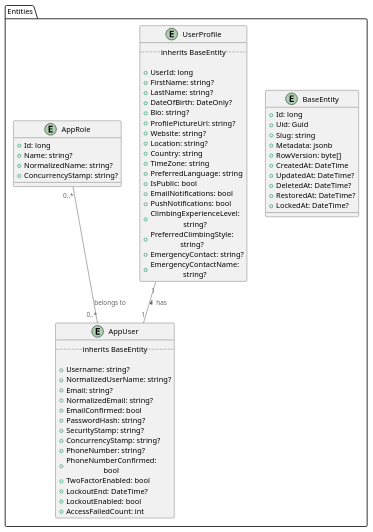
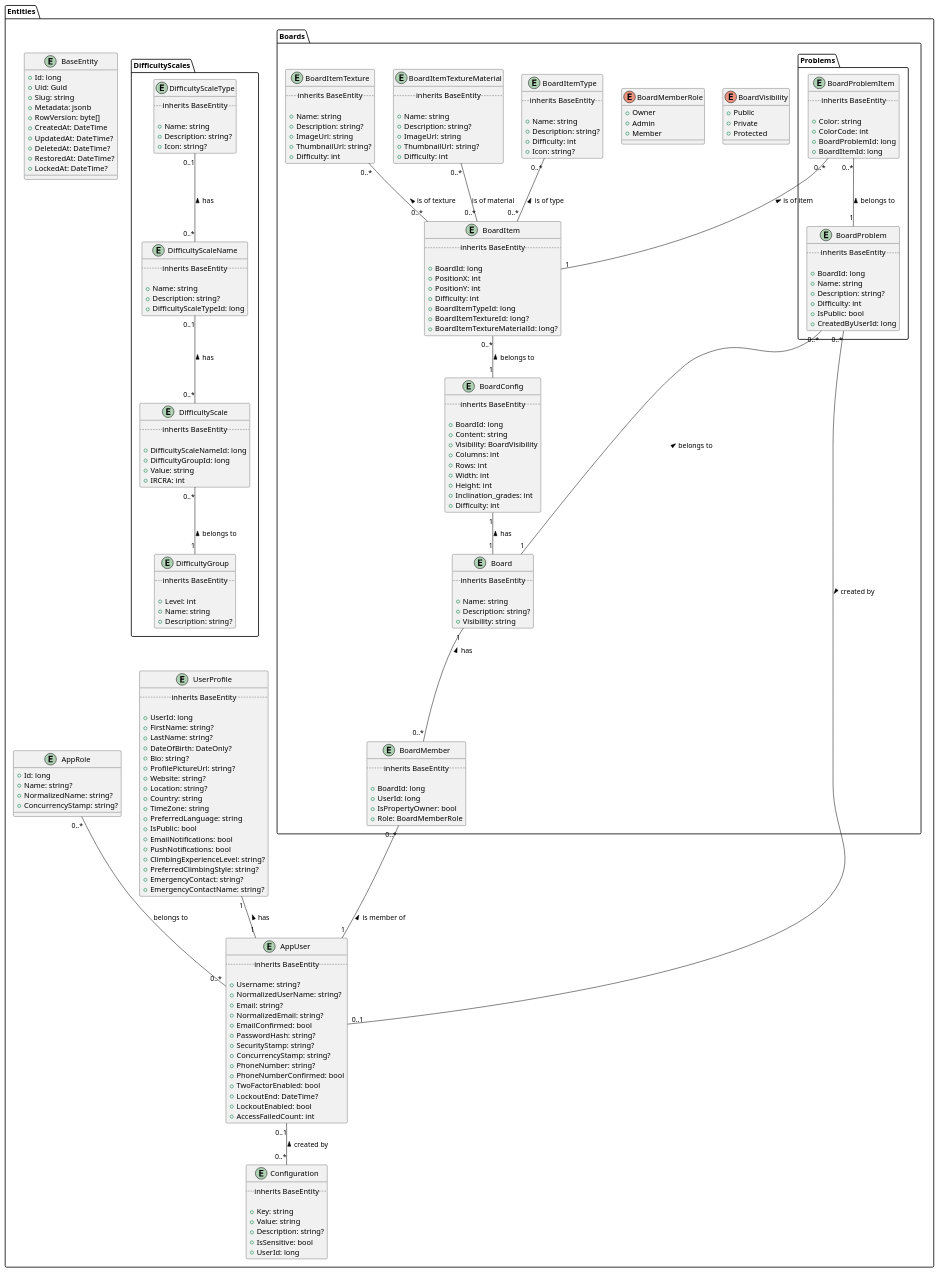
One commit to julyoc/ClimbEdge changed the diagram in Docs/Diagrams/EntityRelation.puml. Above: the diagram before and after it, drawn with PlantUML.

Commit message:
add board entities on driagram

```diff
--- a/Docs/Diagrams/EntityRelation.puml
+++ b/Docs/Diagrams/EntityRelation.puml
@@ -1,6 +1,4 @@
 @startuml ClimbEdge.Docs.Diagrams.EntityRelation
-
-!include <C4/C4_Container>
 
 package "Entities" {
 
@@ -15,6 +13,16 @@
         +DeletedAt: DateTime?
         +RestoredAt: DateTime?
         +LockedAt: DateTime?
+    }
+
+    entity "Configuration" as Configuration {
+        ..inherits BaseEntity..
+
+        +Key: string
+        +Value: string
+        +Description: string?
+        +IsSensitive: bool
+        +UserId: long
     }
 
     entity "UserProfile" as UserProfile {
@@ -67,7 +75,162 @@
     }
 }
 
+package "Entities.Boards" {
+    enum "BoardVisibility" as BoardVisibility {
+        +Public
+        +Private
+        +Protected
+    }
+
+    enum "BoardMemberRole" as BoardMemberRole {
+        +Owner
+        +Admin
+        +Member
+    }
+
+    entity "Board" as Board {
+        ..inherits BaseEntity..
+
+        +Name: string
+        +Description: string?
+        +Visibility: string
+    }
+
+    entity "BoardMember" as BoardMember {
+        ..inherits BaseEntity..
+
+        +BoardId: long
+        +UserId: long
+        +IsPropertyOwner: bool
+        +Role: BoardMemberRole
+    }
+
+    entity "BoardConfig" as BoardConfig {
+        ..inherits BaseEntity..
+
+        +BoardId: long
+        +Content: string
+        +Visibility: BoardVisibility
+        +Columns: int
+        +Rows: int
+        +Width: int
+        +Height: int
+        +Inclination_grades: int
+        +Difficulty: int
+    }
+    entity "BoardItemType" as BoardItemType {
+        ..inherits BaseEntity..
+
+        +Name: string
+        +Description: string?
+        +Difficulty: int
+        +Icon: string?
+    }
+
+    entity "BoardItemTextureMaterial" as BoardItemTextureMaterial {
+        ..inherits BaseEntity..
+
+        +Name: string
+        +Description: string?
+        +ImageUrl: string
+        +ThumbnailUrl: string?
+        +Difficulty: int
+    }
+
+    entity "BoardItemTexture" as BoardItemTexture {
+        ..inherits BaseEntity..
+
+        +Name: string
+        +Description: string?
+        +ImageUrl: string
+        +ThumbnailUrl: string?
+        +Difficulty: int
+    }
+
+    entity "BoardItem" as BoardItem {
+        ..inherits BaseEntity..
+
+        +BoardId: long
+        +PositionX: int
+        +PositionY: int
+        +Difficulty: int
+        +BoardItemTypeId: long
+        +BoardItemTextureId: long?
+        +BoardItemTextureMaterialId: long?
+    }
+}
+
+package "Entities.DifficultyScales" {
+    entity "DifficultyScaleType" as DifficultyScaleType {
+        ..inherits BaseEntity..
+
+        +Name: string
+        +Description: string?
+        +Icon: string?
+    }
+    entity "DifficultyScaleName" as DifficultyScaleName {
+        ..inherits BaseEntity..
+        
+        +Name: string
+        +Description: string?
+        +DifficultyScaleTypeId: long
+    }
+
+    entity "DifficultyScale" as DifficultyScale {
+        ..inherits BaseEntity..
+
+        +DifficultyScaleNameId: long
+        +DifficultyGroupId: long
+        +Value: string
+        +IRCRA: int
+    }
+
+    entity "DifficultyGroup" as DifficultyGroup {
+        ..inherits BaseEntity..
+
+        +Level: int
+        +Name: string
+        +Description: string?
+    }
+}
+
+package "Entities.Boards.Problems" {
+    entity "BoardProblem" as BoardProblem {
+        ..inherits BaseEntity..
+
+        +BoardId: long
+        +Name: string
+        +Description: string?
+        +Difficulty: int
+        +IsPublic: bool
+        +CreatedByUserId: long
+    }
+
+    entity "BoardProblemItem" as BoardProblemItem {
+        ..inherits BaseEntity..
+
+        +Color: string
+        +ColorCode: int
+        +BoardProblemId: long
+        +BoardItemId: long
+    }
+}
+
 UserProfile "1" -- "1" AppUser : has <
 AppRole "0..*" -- "0..*" AppUser : belongs to
-
+Board "1" -- "0..*" BoardMember : has <
+BoardMember "0..*" -- "1" AppUser : is member of <
+BoardConfig "1" -- "1" Board : has <
+BoardItemType "0..*" -- "0..*" BoardItem : is of type <
+BoardItemTextureMaterial "0..*" -- "0..*" BoardItem : is of material
+BoardItemTexture "0..*" -- "0..*" BoardItem : is of texture <
+BoardItem "0..*" -- "1" BoardConfig : belongs to <
+DifficultyScaleType "0..1" -- "0..*" DifficultyScaleName : has <
+DifficultyScaleName "0..1" -- "0..*" DifficultyScale : has <
+DifficultyScale "0..*" -- "1" DifficultyGroup : belongs to <
+BoardProblem "0..*" -- "1" Board : belongs to <
+BoardProblemItem "0..*" -- "1" BoardProblem : belongs to <
+BoardProblemItem "0..*" -- "1" BoardItem : is of item <
+AppUser "0..1" -- "0..*" BoardProblem : created by <
+AppUser "0..1" -- "0..*" Configuration : created by <
 @enduml
```
